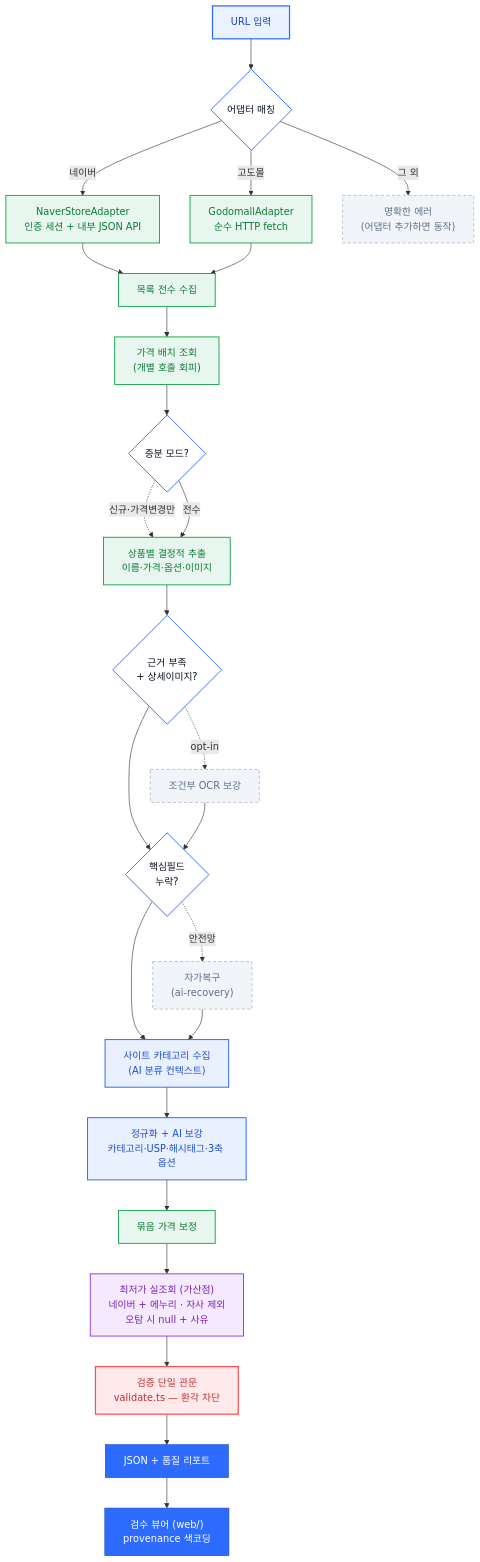
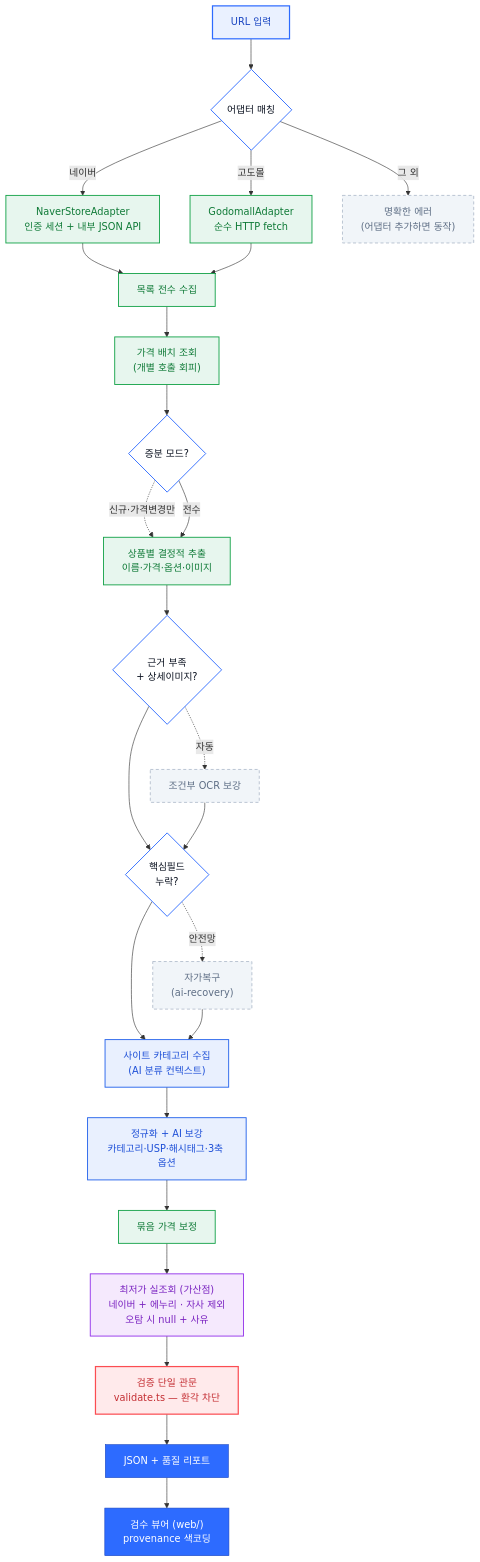
One commit to seongjinYU/quedot-assignment changed the second of 2 diagrams in README.md. Above: the diagram before and after it, drawn with Mermaid. The commit also changed other lines of this file and 1 other file, not shown here.

First line of the commit message:
feat: OCR 자동 발화 전환 + README 정비

````diff
--- a/README.md
+++ b/README.md
@@ -43,38 +45,38 @@
 ```mermaid
 flowchart TD
     URL["URL 입력"]:::entry --> ADP{"어댑터 매칭"}:::dec
     ADP -->|네이버| NV["NaverStoreAdapter<br/>인증 세션 + 내부 JSON API"]:::crawl
     ADP -->|고도몰| GD["GodomallAdapter<br/>순수 HTTP fetch"]:::crawl
     ADP -->|그 외| ERR["명확한 에러<br/>(어댑터 추가하면 동작)"]:::opt
 
     NV --> LIST["목록 전수 수집"]:::crawl
     GD --> LIST
     LIST --> PRICE["가격 배치 조회<br/>(개별 호출 회피)"]:::crawl
     PRICE --> INC{"증분 모드?"}:::dec
     INC -.신규·가격변경만.-> LOOP
     INC -->|전수| LOOP["상품별 결정적 추출<br/>이름·가격·옵션·이미지"]:::crawl
 
     LOOP --> OCR{"근거 부족<br/>+ 상세이미지?"}:::dec
-    OCR -.opt-in.-> OCRY["조건부 OCR 보강"]:::opt
+    OCR -.자동.-> OCRY["조건부 OCR 보강"]:::opt
     OCR --> HEAL{"핵심필드<br/>누락?"}:::dec
     OCRY --> HEAL
     HEAL -.안전망.-> HEALY["자가복구<br/>(ai-recovery)"]:::opt
     HEAL --> CAT["사이트 카테고리 수집<br/>(AI 분류 컨텍스트)"]:::ai
     HEALY --> CAT
 
     CAT --> AI["정규화 + AI 보강<br/>카테고리·USP·해시태그·3축 옵션"]:::ai
     AI --> BUNDLE["묶음 가격 보정"]:::crawl
     BUNDLE --> LOW["최저가 실조회 (가산점)<br/>네이버 + 에누리 · 자사 제외<br/>오탐 시 null + 사유"]:::low
     LOW --> VAL["검증 단일 관문<br/>validate.ts — 환각 차단"]:::gate
     VAL --> OUT["JSON + 품질 리포트"]:::out
     OUT --> WEB["검수 뷰어 (web/)<br/>provenance 색코딩"]:::out
 
     classDef entry fill:#EAF1FF,stroke:#2D6BFF,color:#1B47C2,stroke-width:2px;
     classDef crawl fill:#E7F6EE,stroke:#16A34A,color:#0F7A37,stroke-width:1.5px;
     classDef ai fill:#E9F0FE,stroke:#2563EB,color:#1D4FD7,stroke-width:1.5px;
     classDef low fill:#F5E9FD,stroke:#9333EA,color:#7A23C0,stroke-width:1.5px;
     classDef gate fill:#FFEAEB,stroke:#FB4D52,color:#C42E33,stroke-width:2px;
     classDef out fill:#2D6BFF,stroke:#1B47C2,color:#FFFFFF,stroke-width:1px;
     classDef opt fill:#F1F5F9,stroke:#94A3B8,color:#5E6E85,stroke-dasharray:5 4;
     classDef dec fill:#FFFFFF,stroke:#2D6BFF,color:#0B1220,stroke-width:1.5px;
 ```
````
